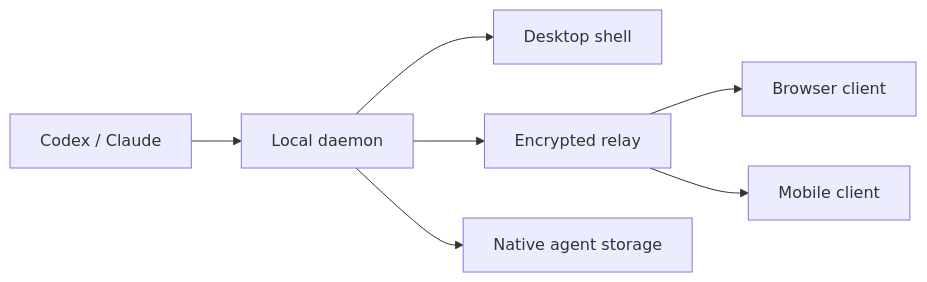
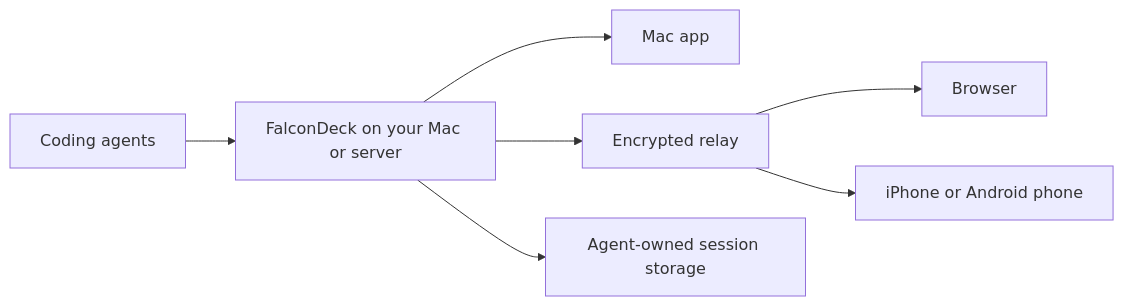
Before and after one commit to jamesblackwell/falcondeck: the diagram in README.md, drawn with Mermaid. The commit also changed other lines of this file, not shown here.

````diff
--- a/README.md
+++ b/README.md
@@ -58,9 +83,9 @@
 ```mermaid
 flowchart LR
-    A[Codex / Claude] --> B[Local daemon]
-    B --> C[Desktop shell]
+    A[Coding agents] --> B[FalconDeck on your Mac or server]
+    B --> C[Mac app]
     B --> D[Encrypted relay]
-    D --> E[Browser client]
-    D --> F[Mobile client]
-    B --> G[Native agent storage]
+    D --> E[Browser]
+    D --> F[iPhone or Android phone]
+    B --> G[Agent-owned session storage]
 ```
````
